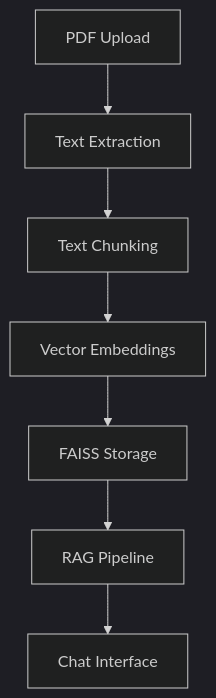
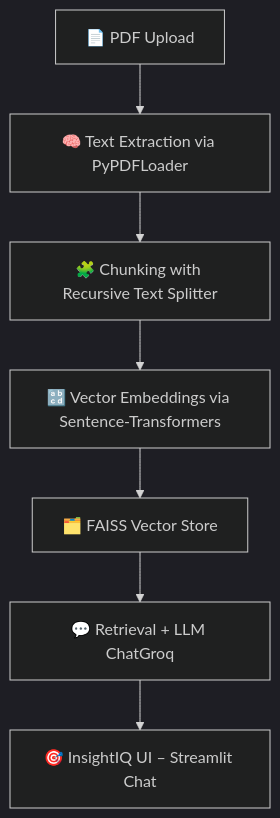
The diagram in README.md (rit2410/ChatPDF-Pro), drawn with Mermaid (dark theme) before and after one commit.

````diff
--- a/README.md
+++ b/README.md
@@ -44,9 +44,9 @@
 ```mermaid
 graph TD
-    A[PDF Upload] --> B[Text Extraction]
-    B --> C[Text Chunking]
-    C --> D[Vector Embeddings]
-    D --> E[FAISS Storage]
-    E --> F[RAG Pipeline]
-    F --> G[Chat Interface]
+    A[📄 PDF Upload] --> B[🧠 Text Extraction via PyPDFLoader]
+    B --> C[🧩 Chunking with Recursive Text Splitter]
+    C --> D[🔡 Vector Embeddings via Sentence-Transformers]
+    D --> E[🗂️ FAISS Vector Store]
+    E --> F[💬 Retrieval + LLM ChatGroq]
+    F --> G[🎯 InsightIQ UI – Streamlit Chat]
 ```
````
